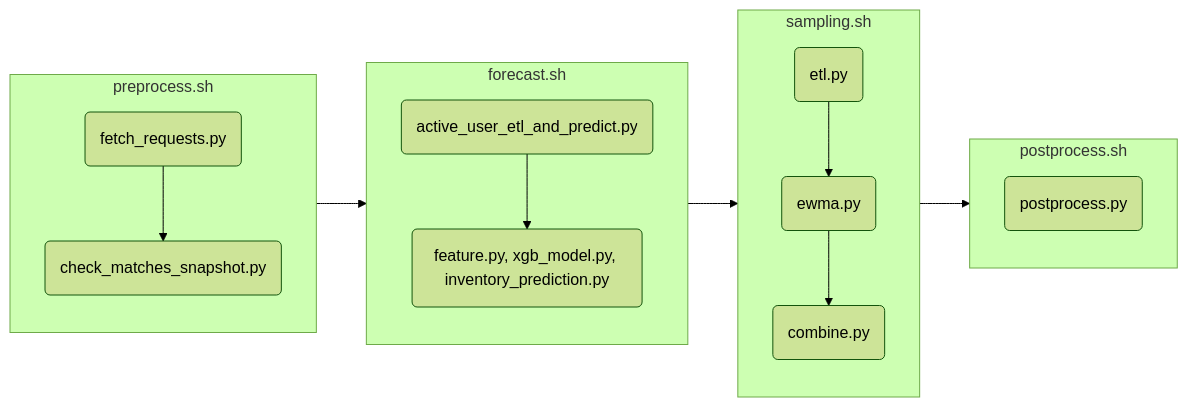
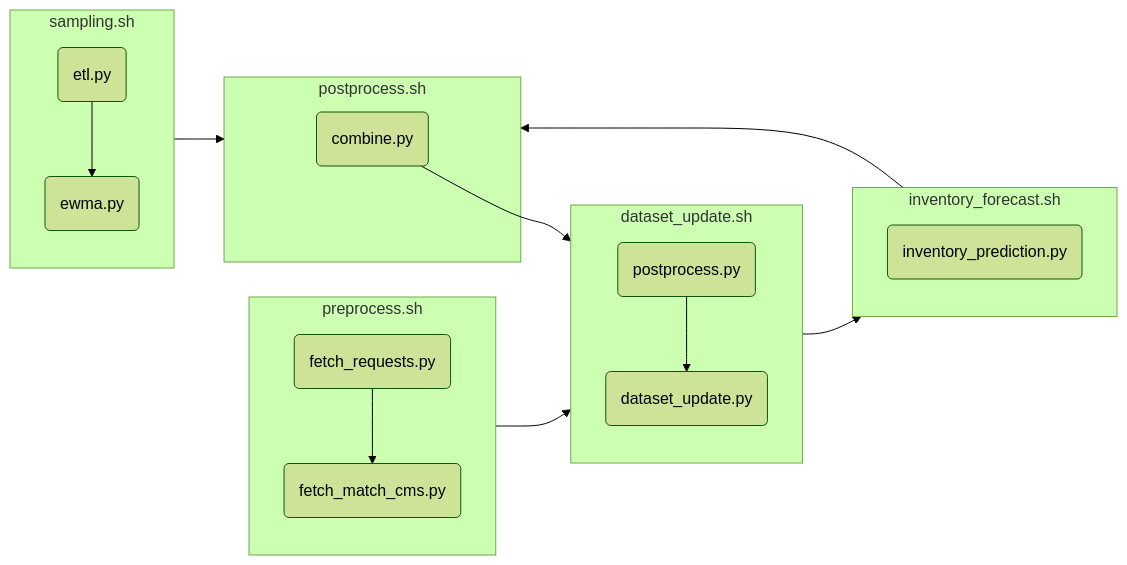
One commit to xiaoyali123456/inventory_forecasting changed the diagram in pipeline/readme.md. Above: the diagram before and after it, drawn with Mermaid (forest theme).

````diff
--- a/pipeline/readme.md
+++ b/pipeline/readme.md
@@ -3,19 +3,24 @@
 ```mermaid
 graph LR
   subgraph preprocess.sh
     direction TB
-    A(fetch_requests.py) --> B(check_matches_snapshot.py)
+    A(fetch_requests.py) --> B(fetch_match_cms.py)
   end
-  subgraph forecast.sh
+  subgraph dataset_update.sh
     direction TB
-    C(active_user_etl_and_predict.py) --> D(feature.py, xgb_model.py, inventory_prediction.py)
+    H(dau_update.py) --> I(dataset_update.py)
+  end
+  subgraph inventory_forecast.sh
+    direction TB
+    C(inventory_prediction.py)
   end
   subgraph sampling.sh
     direction TB
-    E(etl.py) --> F(ewma.py) --> G(combine.py)
+    E(etl.py) --> F(ewma.py)
   end
   subgraph postprocess.sh
-    H(postprocess.py)
+    G(combine.py) --> H(postprocess.py)
   end
-  preprocess.sh --> forecast.sh --> sampling.sh --> postprocess.sh
+  preprocess.sh --> dataset_update.sh --> inventory_forecast.sh --> postprocess.sh
+  sampling.sh --> postprocess.sh
 ```
````
